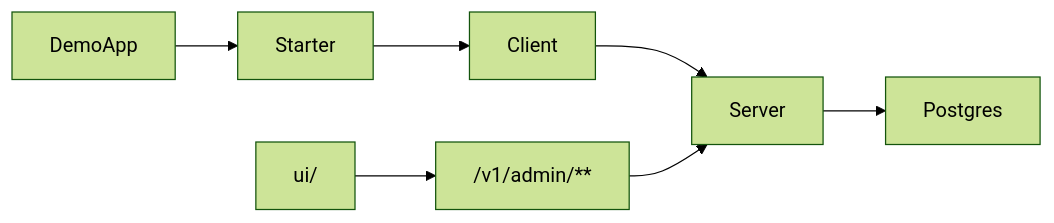
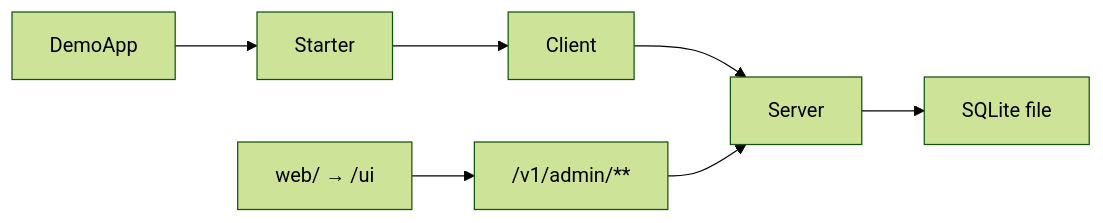
Before and after one commit to phihocnguyen/idemgate: the diagram in docs/architecture.md, drawn with Mermaid (forest theme). The commit also changed other lines of this file and 21 other files, not shown here.

````diff
--- a/docs/architecture.md
+++ b/docs/architecture.md
@@ -15,9 +15,9 @@
 ```mermaid
 flowchart LR
   DemoApp --> Starter
   Starter --> Client
   Client --> Server
-  Server --> Postgres
-  Dashboard["ui/"] --> AdminAPI["/v1/admin/**"]
+  Server --> SQLite["SQLite file"]
+  Dashboard["web/ → /ui"] --> AdminAPI["/v1/admin/**"]
   AdminAPI --> Server
 ```
````
